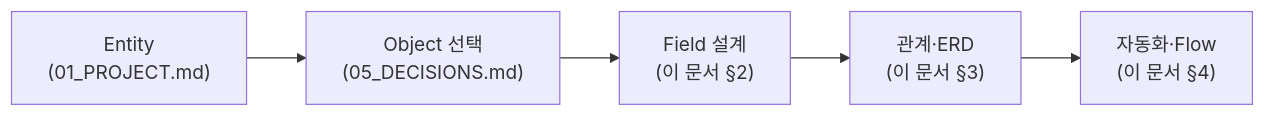
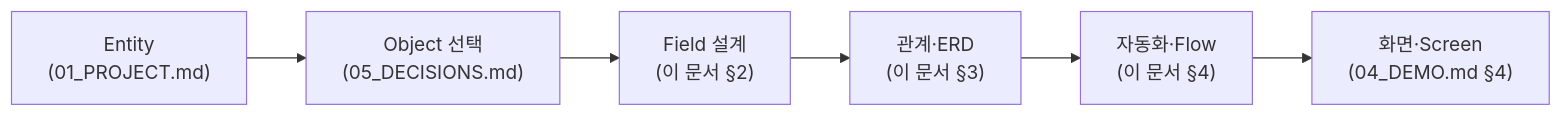
One commit to CellsOrg/CloudAlpacas changed the first of 7 diagrams in docs/03_SYSTEM.md. Above: the diagram before and after it, drawn with Mermaid. The commit also changed other lines of this file and 7 other files, not shown here.

````diff
--- a/docs/03_SYSTEM.md
+++ b/docs/03_SYSTEM.md
@@ -15,7 +15,8 @@
 ```mermaid
 flowchart LR
     A["Entity<br/>(01_PROJECT.md)"] --> B["Object 선택<br/>(05_DECISIONS.md)"]
     B --> C["Field 설계<br/>(이 문서 §2)"]
     C --> D["관계·ERD<br/>(이 문서 §3)"]
     D --> E["자동화·Flow<br/>(이 문서 §4)"]
+    E --> F["화면·Screen<br/>(04_DEMO.md §4)"]
 ```
````
